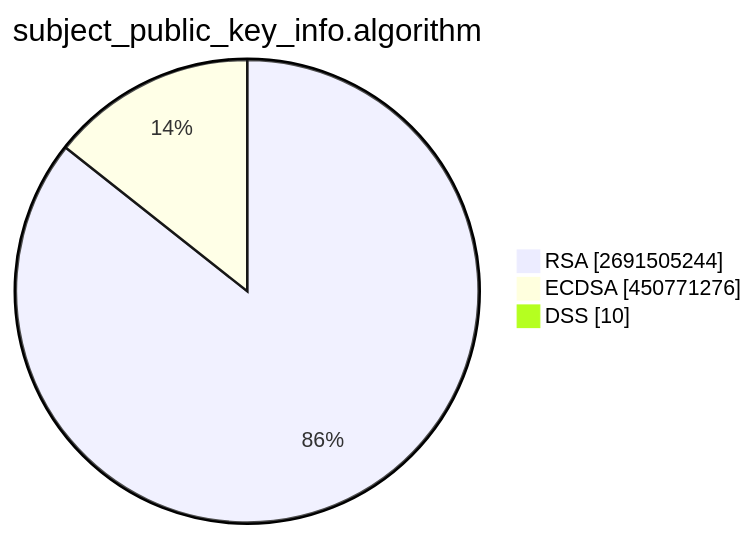
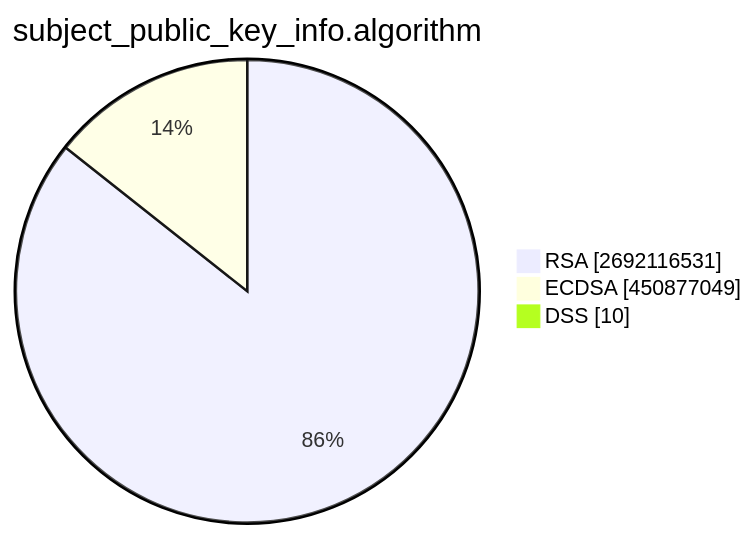
One commit to christiankrug/ctmonitor_visualization changed the second of 15 diagrams in TOTAL/README.md. Above: the diagram before and after it, drawn with Mermaid. The commit also changed other lines of this file, not shown here.

````diff
--- a/TOTAL/README.md
+++ b/TOTAL/README.md
@@ -6,7 +6,7 @@
 ```mermaid
 pie showData
 title subject_public_key_info.algorithm
-"RSA" :2691505244
-"ECDSA" :450771276
+"RSA" :2692116531
+"ECDSA" :450877049
 "DSS" :10
 ```
````
